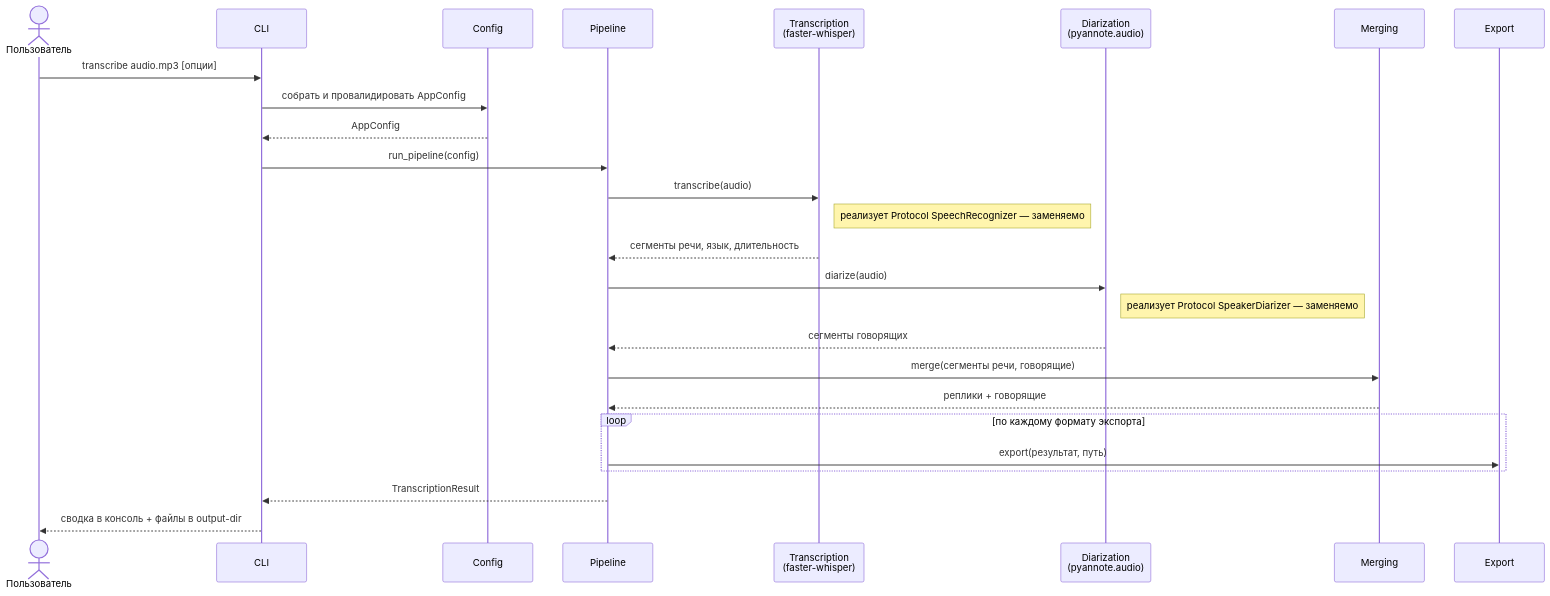
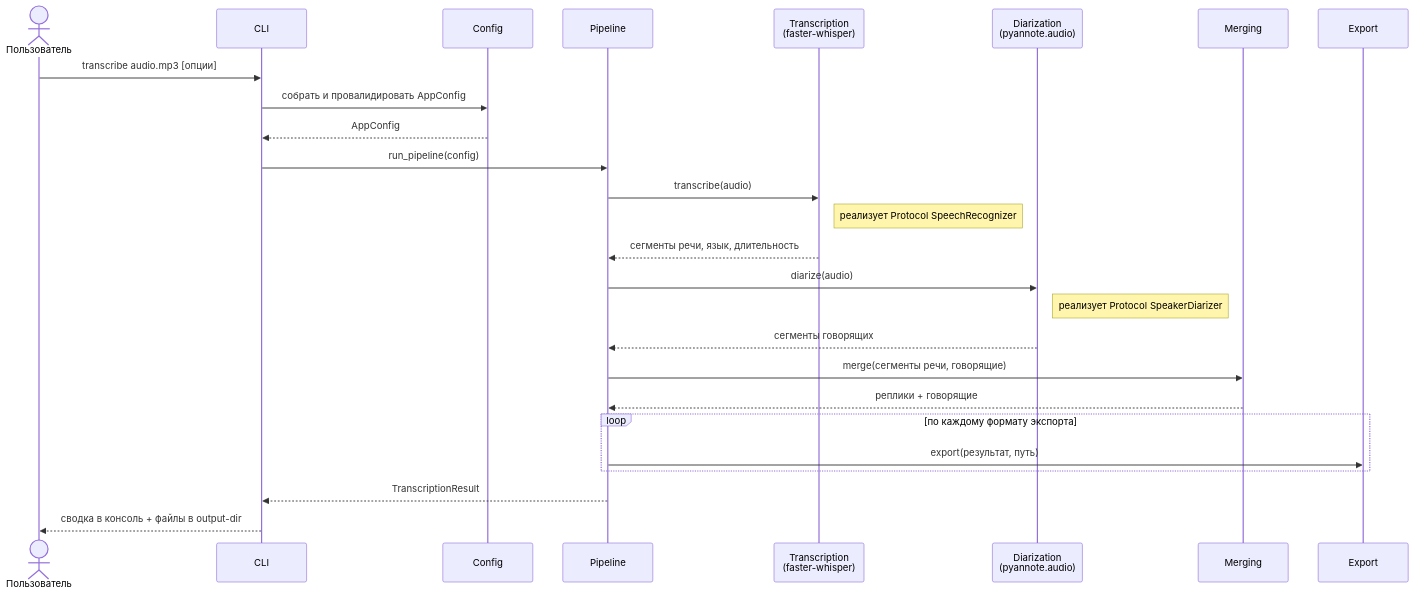
Before and after one commit to nikit-starcev/PyAudioTranscriptor: the diagram in README.md, drawn with Mermaid.

Commit message:
docs(readme): убраны лишние слова в заметках sequenceDiagram

````diff
--- a/README.md
+++ b/README.md
@@ -343,34 +343,34 @@
 ```mermaid
 sequenceDiagram
     actor User as Пользователь
     participant CLI
     participant Config
     participant Pipeline
     participant ASR as Transcription<br/>(faster-whisper)
     participant Diar as Diarization<br/>(pyannote.audio)
     participant Merge as Merging
     participant Export as Export
 
     User->>CLI: transcribe audio.mp3 [опции]
     CLI->>Config: собрать и провалидировать AppConfig
     Config-->>CLI: AppConfig
     CLI->>Pipeline: run_pipeline(config)
 
     Pipeline->>ASR: transcribe(audio)
-    Note right of ASR: реализует Protocol SpeechRecognizer — заменяемо
+    Note right of ASR: реализует Protocol SpeechRecognizer
     ASR-->>Pipeline: сегменты речи, язык, длительность
 
     Pipeline->>Diar: diarize(audio)
-    Note right of Diar: реализует Protocol SpeakerDiarizer — заменяемо
+    Note right of Diar: реализует Protocol SpeakerDiarizer
     Diar-->>Pipeline: сегменты говорящих
 
     Pipeline->>Merge: merge(сегменты речи, говорящие)
     Merge-->>Pipeline: реплики + говорящие
 
     loop по каждому формату экспорта
         Pipeline->>Export: export(результат, путь)
     end
 
     Pipeline-->>CLI: TranscriptionResult
     CLI-->>User: сводка в консоль + файлы в output-dir
 ```
````
